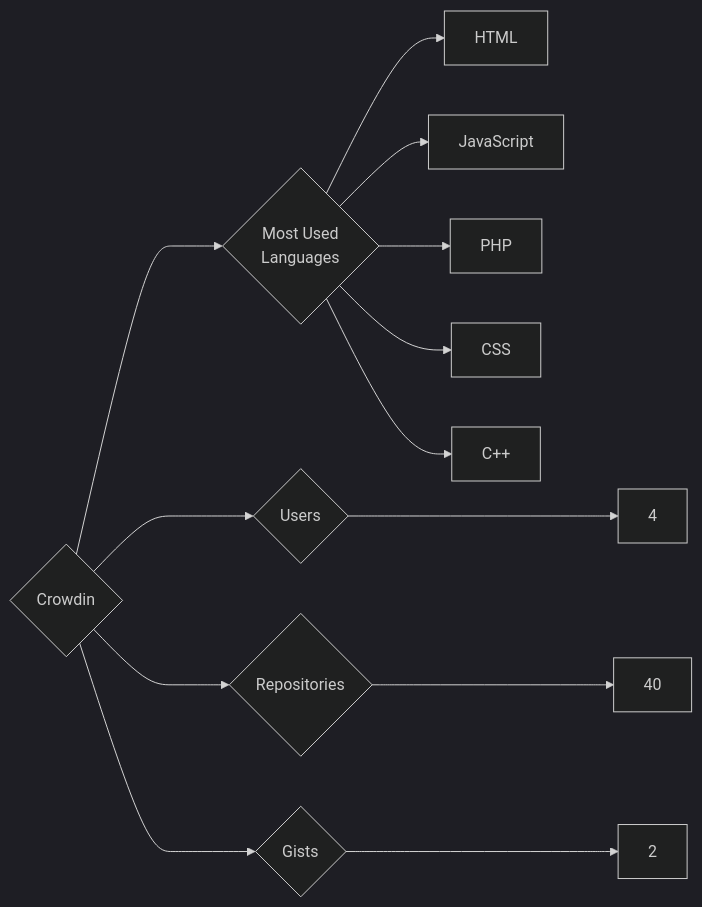
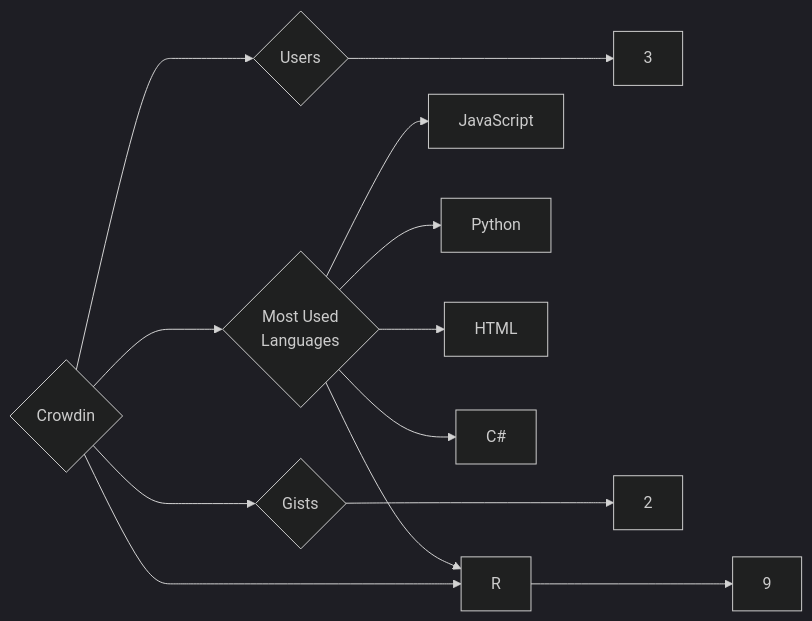
One commit to trickest/insiders changed the diagram in targets/Crowdin/README.md. Above: the diagram before and after it, drawn with Mermaid (dark theme). The commit also changed 988 other files, not shown here.

````diff
--- a/targets/Crowdin/README.md
+++ b/targets/Crowdin/README.md
@@ -3,13 +3,13 @@
 ```mermaid
 graph LR
 COMPANY_NAME{Crowdin}
-COMPANY_NAME ---> U{Users} ---> UN[4]
-COMPANY_NAME ---> R{Repositories} ---> RN[40]
+COMPANY_NAME ---> U{Users} ---> UN[3]
+COMPANY_NAME ---> R{Repositories} ---> RN[9]
 COMPANY_NAME ---> G{Gists} ---> GN[2]
 COMPANY_NAME ---> ML{Most Used<br>Languages}
+ML --> JavaScript[JavaScript]
+ML --> R[R]
+ML --> Python[Python]
 ML --> HTML[HTML]
-ML --> JavaScript[JavaScript]
-ML --> PHP[PHP]
-ML --> CSS[CSS]
-ML --> C++[C++]
+ML --> C#[C#]
 ```
````
